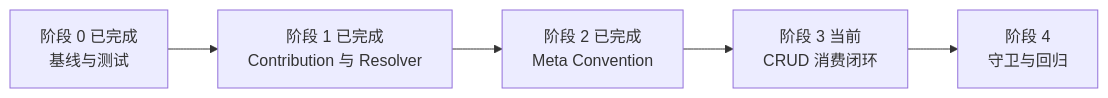
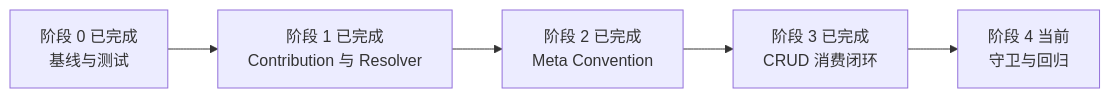
The diagram in docs/evolution/roadmap/meta/元数据裁决实施计划.md (ent-loom/ent-loom), drawn with Mermaid before and after one commit. The commit also changed other lines of this file and 20 other files, not shown here.

Commit message:
feat: 完成 CRUD 消费闭环

````diff
--- a/docs/evolution/roadmap/meta/元数据裁决实施计划.md
+++ b/docs/evolution/roadmap/meta/元数据裁决实施计划.md
@@ -11,7 +11,7 @@
 ```mermaid
 flowchart LR
     done["阶段 0 已完成<br/>基线与测试"] --> current["阶段 1 已完成<br/>Contribution 与 Resolver"]
     current --> meta["阶段 2 已完成<br/>Meta Convention"]
-    meta --> crud["阶段 3 当前<br/>CRUD 消费闭环"]
-    crud --> guards["阶段 4<br/>守卫与回归"]
+    meta --> crud["阶段 3 已完成<br/>CRUD 消费闭环"]
+    crud --> guards["阶段 4 当前<br/>守卫与回归"]
 ```
````
